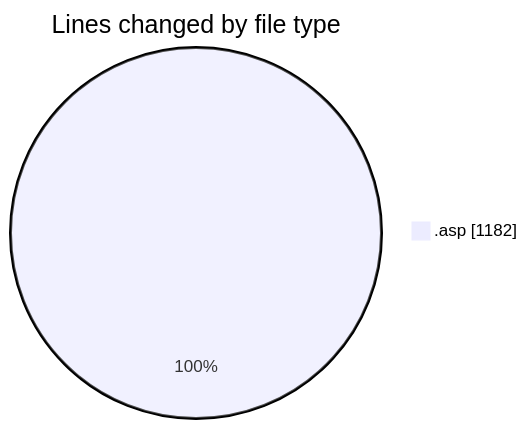
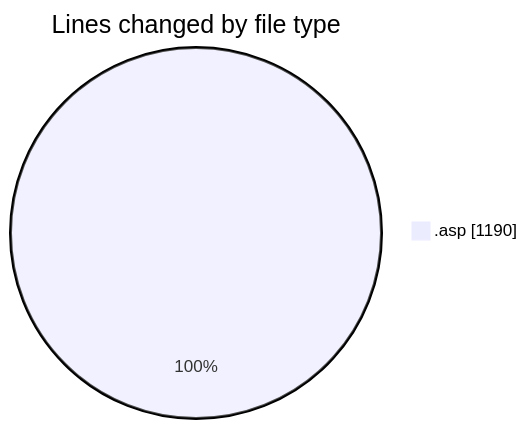
Before and after one commit to julien-gomy/code-tracking: the first of 2 diagrams in 2025-11-04/cdp_aleoudev_fr__workspace_/README.md, drawn with Mermaid. The commit also changed other lines of this file and 1 other file, not shown here.

````diff
--- a/2025-11-04/cdp_aleoudev_fr__workspace_/README.md
+++ b/2025-11-04/cdp_aleoudev_fr__workspace_/README.md
@@ -20,5 +20,5 @@
 ```mermaid
 pie showData
 title Lines changed by file type
-".asp" : 1182
+".asp" : 1190
 ```
````
